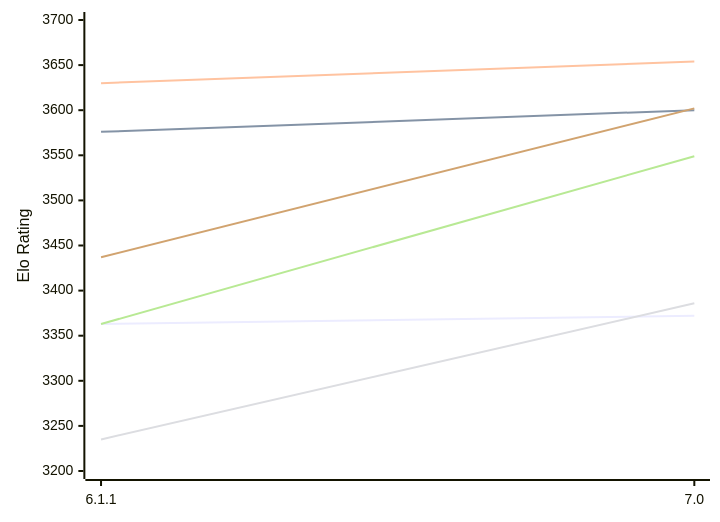
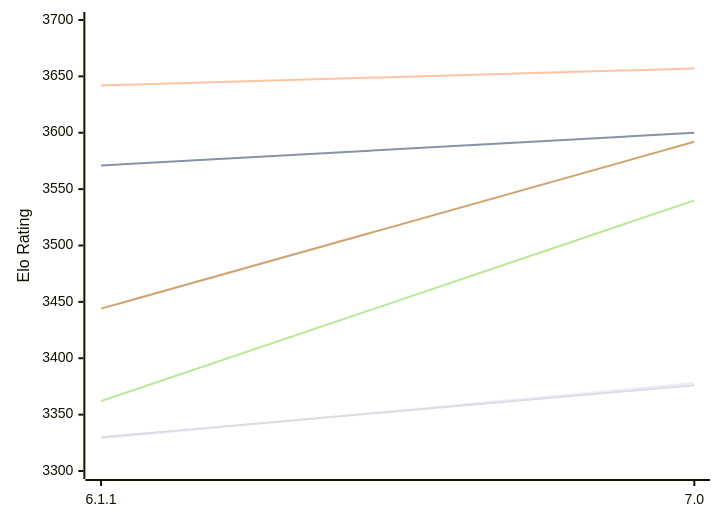
The first of 2 diagrams in engines/Astra.md (computer-chess-index/cci), drawn with Mermaid before and after one commit. The commit also changed other lines of this file, not shown here.

Commit message:
Update CCI Ratings (ELO VLTC) - 2026-11-15

````diff
--- a/engines/Astra.md
+++ b/engines/Astra.md
@@ -50,12 +50,12 @@
 ```mermaid
 %%{init: {"theme":"base","themeVariables":{"seriesColors:['#a3a3a3','#222221','#faa371']}}}%%
 xychart-beta
   x-axis ["6.1.1", "7.0"]
-  y-axis "Elo Rating" 3200 --> 3700
-  line "E1: STC (8.0+0.08s)" [3363, 3372]
-  line "E1: LTC (60.0+0.60s)" [3576, 3600]
-  line "E1: VLTC (2m24s+1.12s)" [3630, 3654]
-  line "P1: STC (8.0+0.08s)" [3235, 3386]
-  line "P1: LTC (60.0+0.60s)" [3363, 3549]
-  line "P1: VLTC (2m24s+1.12s)" [3437, 3602]
+  y-axis "Elo Rating" 3300 --> 3700
+  line "E1: STC (8.0+0.08s)" [3329, 3378]
+  line "E1: LTC (60.0+0.60s)" [3571, 3600]
+  line "E1: VLTC (2m24s+1.12s)" [3642, 3657]
+  line "P1: STC (8.0+0.08s)" [3330, 3376]
+  line "P1: LTC (60.0+0.60s)" [3362, 3540]
+  line "P1: VLTC (2m24s+1.12s)" [3444, 3592]
 ```
````
